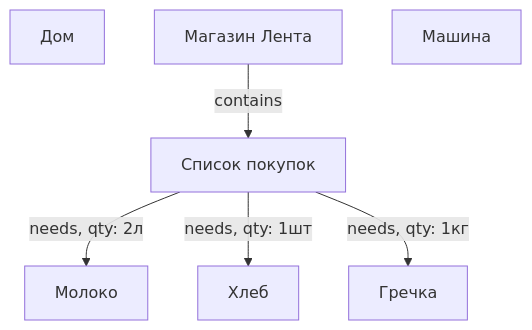
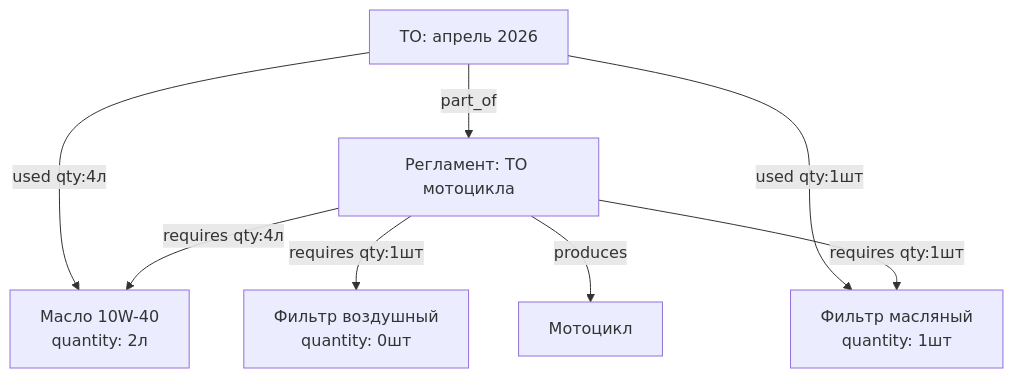
The third of 5 diagrams in docs/database.md (kscht/domovoy), drawn with Mermaid before and after one commit. The commit also changed other lines of this file, not shown here.

First line of the commit message:
docs: add recipe/procedure/run model for consumption tracking

````diff
--- a/docs/database.md
+++ b/docs/database.md
@@ -76,16 +102,19 @@
 ```mermaid
 graph TD
-    Home[Дом]
-    Store[Магазин Лента]
-    List[Список покупок]
-    Car[Машина]
+    Service[Регламент: ТО мотоцикла]
+    Run[ТО: апрель 2026]
+    Motorcycle[Мотоцикл]
 
-    Milk[Молоко]
-    Bread[Хлеб]
-    Buckwheat[Гречка]
+    Oil[Масло 10W-40\nquantity: 2л]
+    OilFilter[Фильтр масляный\nquantity: 1шт]
+    AirFilter[Фильтр воздушный\nquantity: 0шт]
 
-    Store -->|contains| List
-    List -->|needs, qty: 2л| Milk
-    List -->|needs, qty: 1шт| Bread
-    List -->|needs, qty: 1кг| Buckwheat
+    Service -->|requires qty:4л| Oil
+    Service -->|requires qty:1шт| OilFilter
+    Service -->|requires qty:1шт| AirFilter
+    Service -->|produces| Motorcycle
+
+    Run -->|part_of| Service
+    Run -->|used qty:4л| Oil
+    Run -->|used qty:1шт| OilFilter
 ```
````
